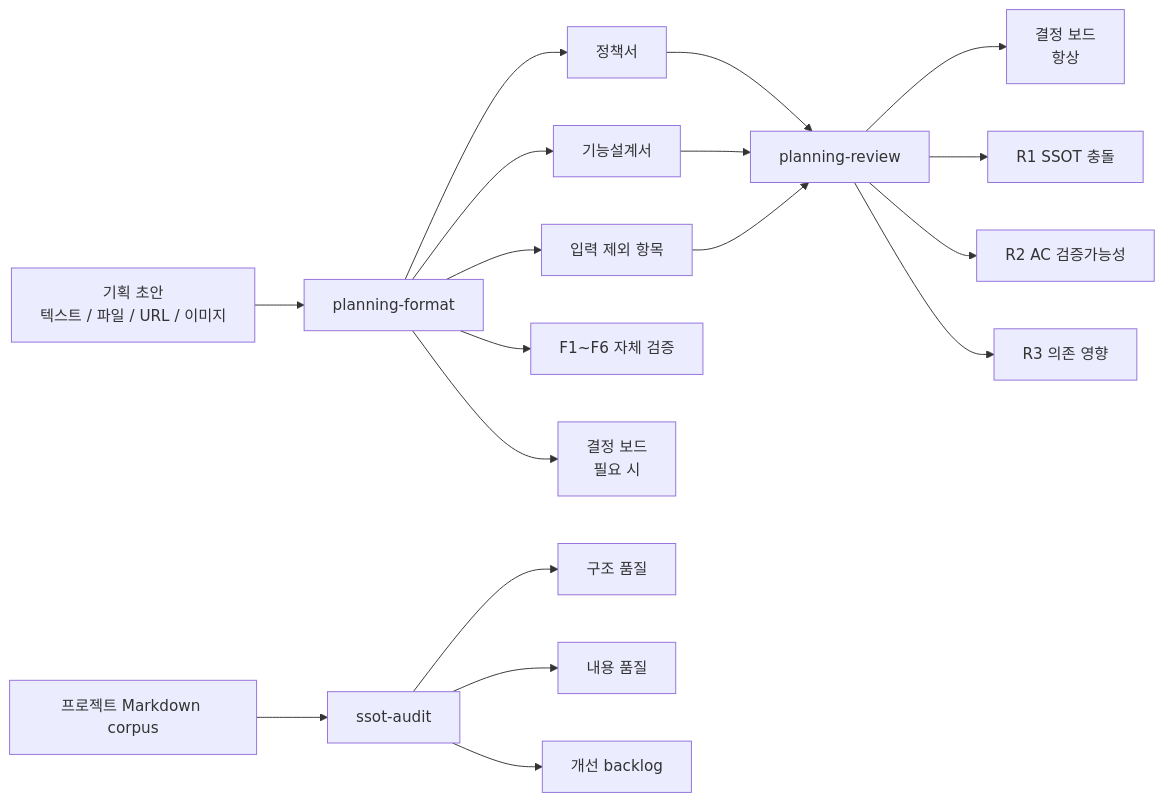
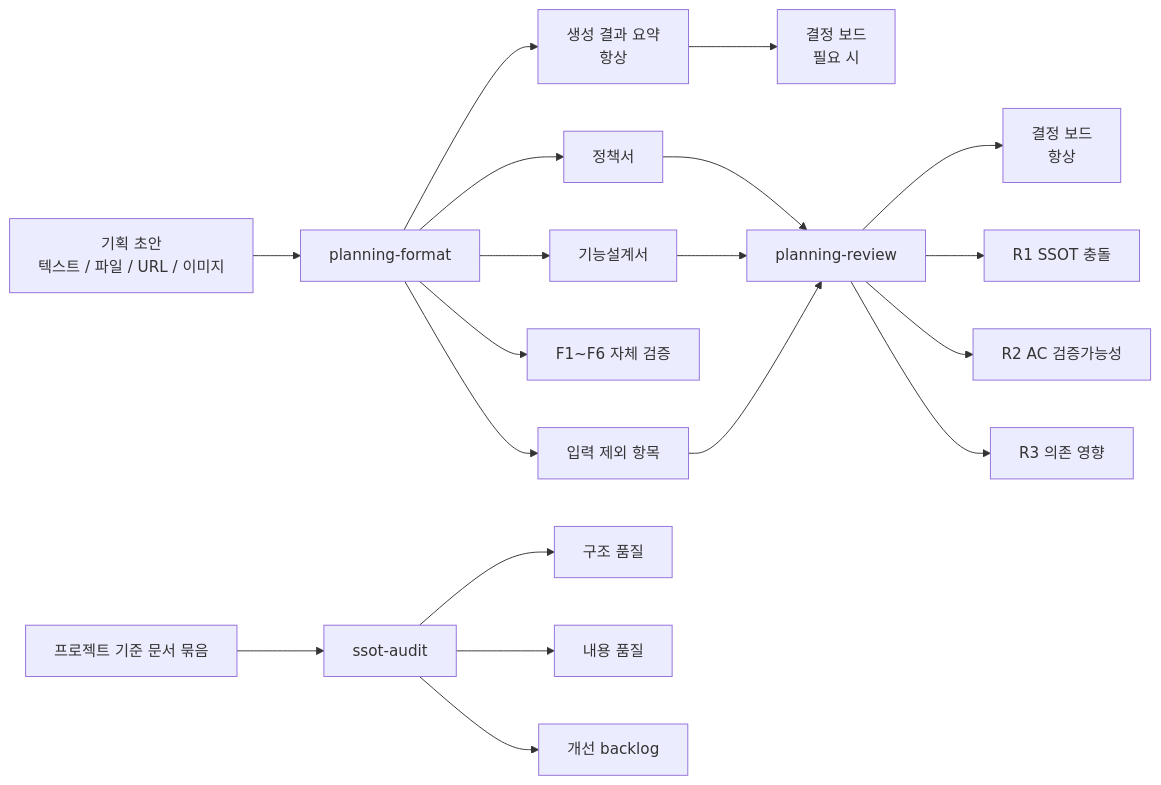
Before and after one commit to inkwonjung-colosseum/plugins: the first of 7 diagrams in planning-kit/docs/planning-kit-workflow-guide.md, drawn with Mermaid. The commit also changed other lines of this file and 19 other files, not shown here.

````diff
--- a/planning-kit/docs/planning-kit-workflow-guide.md
+++ b/planning-kit/docs/planning-kit-workflow-guide.md
@@ -19,23 +19,24 @@
 ```mermaid
 flowchart LR
   A["기획 초안<br/>텍스트 / 파일 / URL / 이미지"] --> B["planning-format"]
   B --> C["정책서"]
   B --> D["기능설계서"]
   B --> E["입력 제외 항목"]
   B --> F["F1~F6 자체 검증"]
-  B --> DB["결정 보드<br/>필요 시"]
+  B --> RS["생성 결과 요약<br/>항상"]
+  RS --> DB["결정 보드<br/>필요 시"]
 
   C --> G["planning-review"]
   D --> G
   E --> G
 
   G --> H["결정 보드<br/>항상"]
   G --> R["R1 SSOT 충돌"]
   G --> I["R2 AC 검증가능성"]
   G --> J["R3 의존 영향"]
 
-  K["프로젝트 Markdown corpus"] --> L["ssot-audit"]
+  K["프로젝트 기준 문서 묶음"] --> L["ssot-audit"]
   L --> M["구조 품질"]
   L --> N["내용 품질"]
   L --> O["개선 backlog"]
 ```
````
